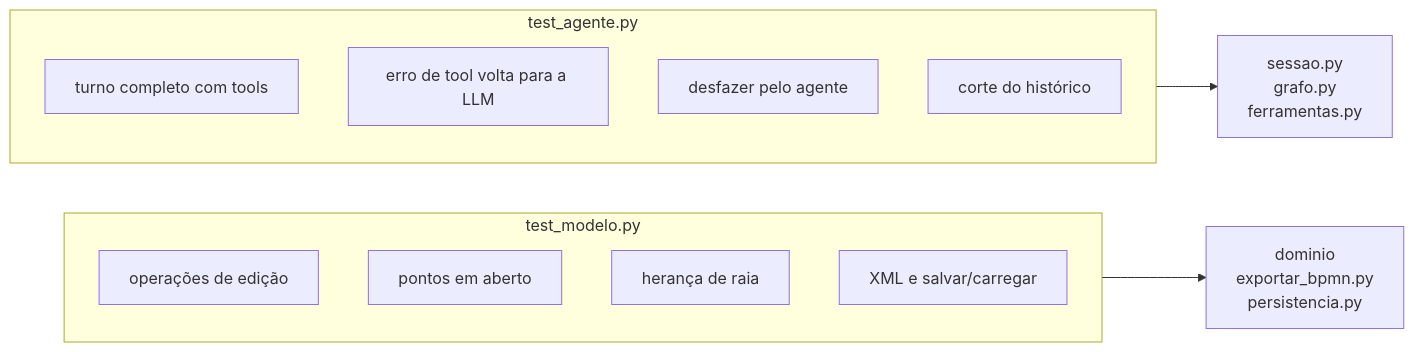
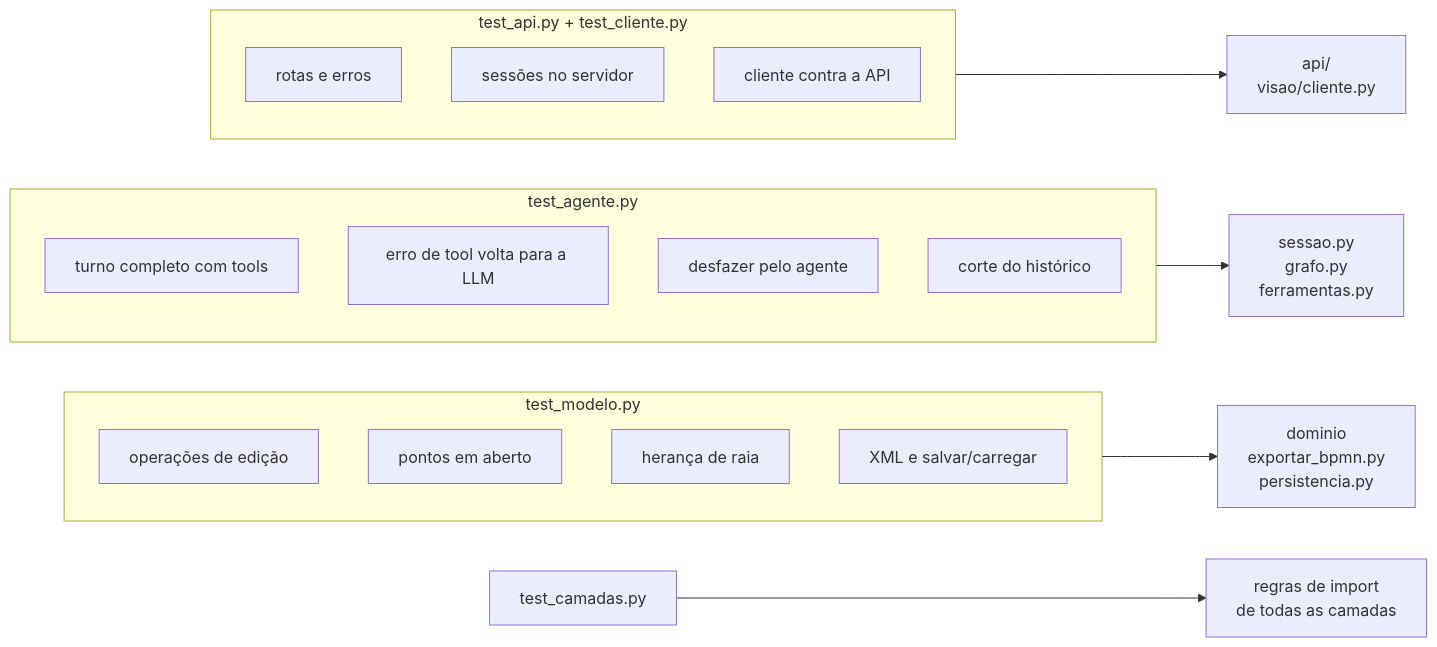
One commit to arthurparahyba/bpmn-agent changed the diagram in docs/pecas/testes.md. Above: the diagram before and after it, drawn with Mermaid. The commit also changed other lines of this file and 13 other files, not shown here.

````diff
--- a/docs/pecas/testes.md
+++ b/docs/pecas/testes.md
@@ -17,17 +18,24 @@
 ```mermaid
 flowchart LR
     subgraph tm["test_modelo.py"]
         M1["operações de edição"]
         M2["pontos em aberto"]
         M3["herança de raia"]
         M4["XML e salvar/carregar"]
     end
     subgraph ta["test_agente.py"]
         A1["turno completo com tools"]
         A2["erro de tool volta para a LLM"]
         A3["desfazer pelo agente"]
         A4["corte do histórico"]
     end
     tm --> MOD["dominio<br/>exportar_bpmn.py<br/>persistencia.py"]
+    subgraph tapi["test_api.py + test_cliente.py"]
+        P1["rotas e erros"]
+        P2["sessões no servidor"]
+        P3["cliente contra a API"]
+    end
+    tapi --> API["api/<br/>visao/cliente.py"]
+    tc["test_camadas.py"] --> REG["regras de import<br/>de todas as camadas"]
     ta --> AG["sessao.py<br/>grafo.py<br/>ferramentas.py"]
 ```
````
